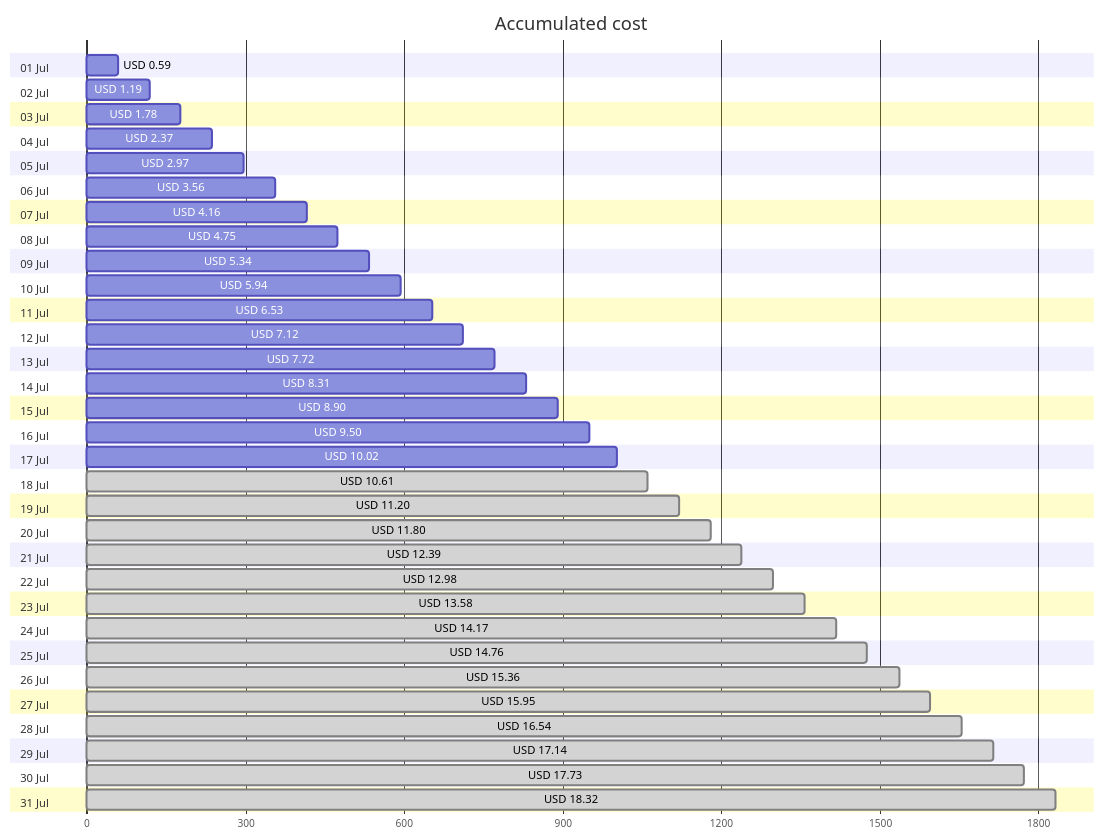
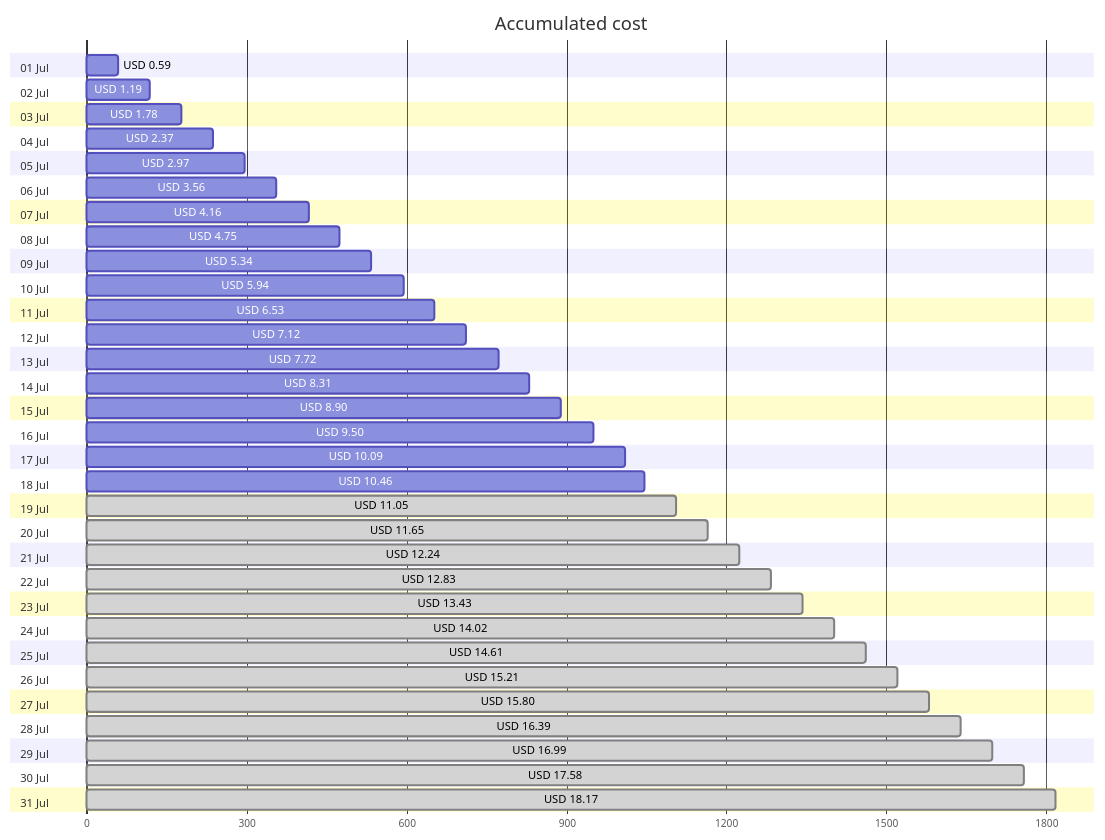
The first of 4 diagrams in cost-reports/personal-site/README.md (jpfulton/azure-personal-reports), drawn with Mermaid before and after one commit. The commit also changed other lines of this file and 6 other files, not shown here.

````diff
--- a/cost-reports/personal-site/README.md
+++ b/cost-reports/personal-site/README.md
@@ -20,68 +20,68 @@
 ```mermaid
 gantt
    title Accumulated cost
    dateFormat  X
    axisFormat %s
    section 01 Jul
    USD 0.59 :0, 59
    section 02 Jul
    USD 1.19 :0, 119
    section 03 Jul
    USD 1.78 :0, 178
    section 04 Jul
    USD 2.37 :0, 237
    section 05 Jul
    USD 2.97 :0, 297
    section 06 Jul
    USD 3.56 :0, 356
    section 07 Jul
    USD 4.16 :0, 416
    section 08 Jul
    USD 4.75 :0, 475
    section 09 Jul
    USD 5.34 :0, 534
    section 10 Jul
    USD 5.94 :0, 594
    section 11 Jul
    USD 6.53 :0, 653
    section 12 Jul
    USD 7.12 :0, 712
    section 13 Jul
    USD 7.72 :0, 772
    section 14 Jul
    USD 8.31 :0, 831
    section 15 Jul
    USD 8.90 :0, 890
    section 16 Jul
    USD 9.50 :0, 950
    section 17 Jul
-   USD 10.02 :0, 1002
+   USD 10.09 :0, 1009
    section 18 Jul
-   USD 10.61 : done, 0, 1061
+   USD 10.46 :0, 1046
    section 19 Jul
-   USD 11.20 : done, 0, 1120
+   USD 11.05 : done, 0, 1105
    section 20 Jul
-   USD 11.80 : done, 0, 1180
+   USD 11.65 : done, 0, 1165
    section 21 Jul
-   USD 12.39 : done, 0, 1239
+   USD 12.24 : done, 0, 1224
    section 22 Jul
-   USD 12.98 : done, 0, 1298
+   USD 12.83 : done, 0, 1283
    section 23 Jul
-   USD 13.58 : done, 0, 1358
+   USD 13.43 : done, 0, 1343
    section 24 Jul
-   USD 14.17 : done, 0, 1417
+   USD 14.02 : done, 0, 1402
    section 25 Jul
-   USD 14.76 : done, 0, 1476
+   USD 14.61 : done, 0, 1461
    section 26 Jul
-   USD 15.36 : done, 0, 1536
+   USD 15.21 : done, 0, 1521
    section 27 Jul
-   USD 15.95 : done, 0, 1595
+   USD 15.80 : done, 0, 1580
    section 28 Jul
-   USD 16.54 : done, 0, 1654
+   USD 16.39 : done, 0, 1639
    section 29 Jul
-   USD 17.14 : done, 0, 1714
+   USD 16.99 : done, 0, 1699
    section 30 Jul
-   USD 17.73 : done, 0, 1773
+   USD 17.58 : done, 0, 1758
    section 31 Jul
-   USD 18.32 : done, 0, 1832
+   USD 18.17 : done, 0, 1817
 ```
````
